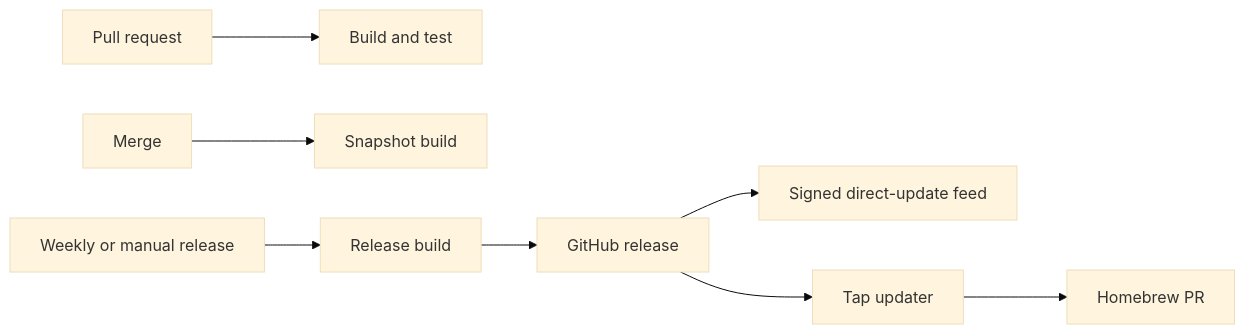
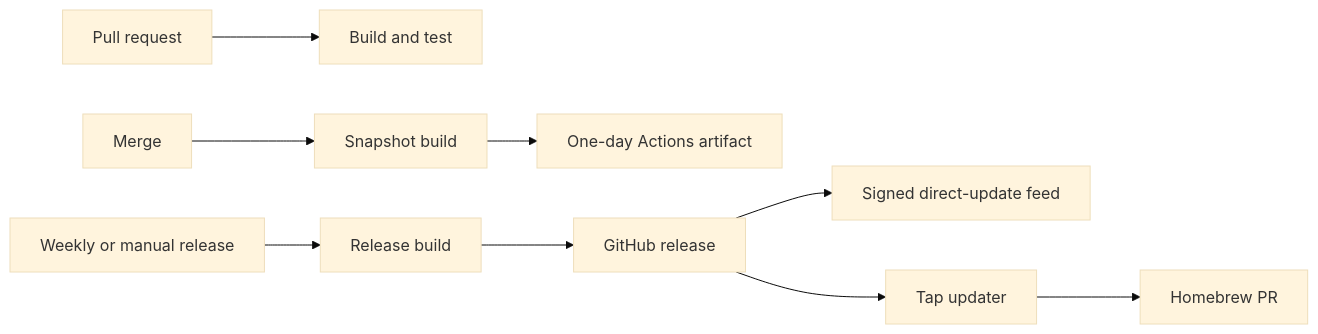
The diagram in SWIFT_CI_CD.md (YunaBraska/YunaBraska), drawn with Mermaid (base theme) before and after one commit. The commit also changed other lines of this file and 9 other files, not shown here.

````diff
--- a/SWIFT_CI_CD.md
+++ b/SWIFT_CI_CD.md
@@ -3,10 +3,11 @@
 ```mermaid
 flowchart LR
   PR[Pull request] --> B[Build and test]
   M[Merge] --> S[Snapshot build]
+  S --> A[One-day Actions artifact]
   W[Weekly or manual release] --> R[Release build]
   R --> G[GitHub release]
   G --> U[Signed direct-update feed]
   G --> H[Tap updater]
   H --> P[Homebrew PR]
 ```
````
